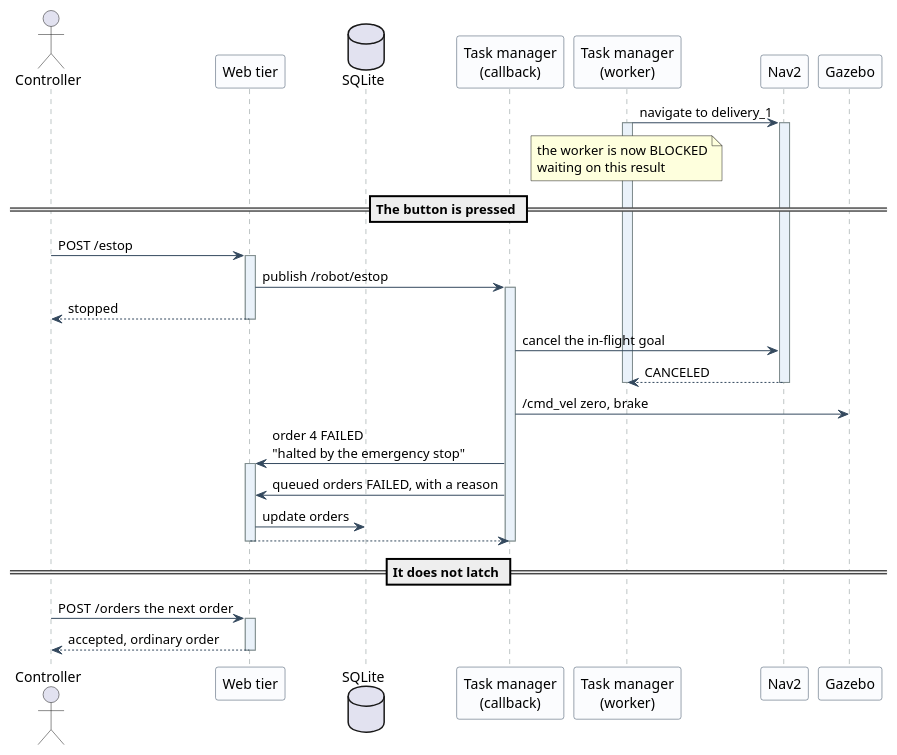
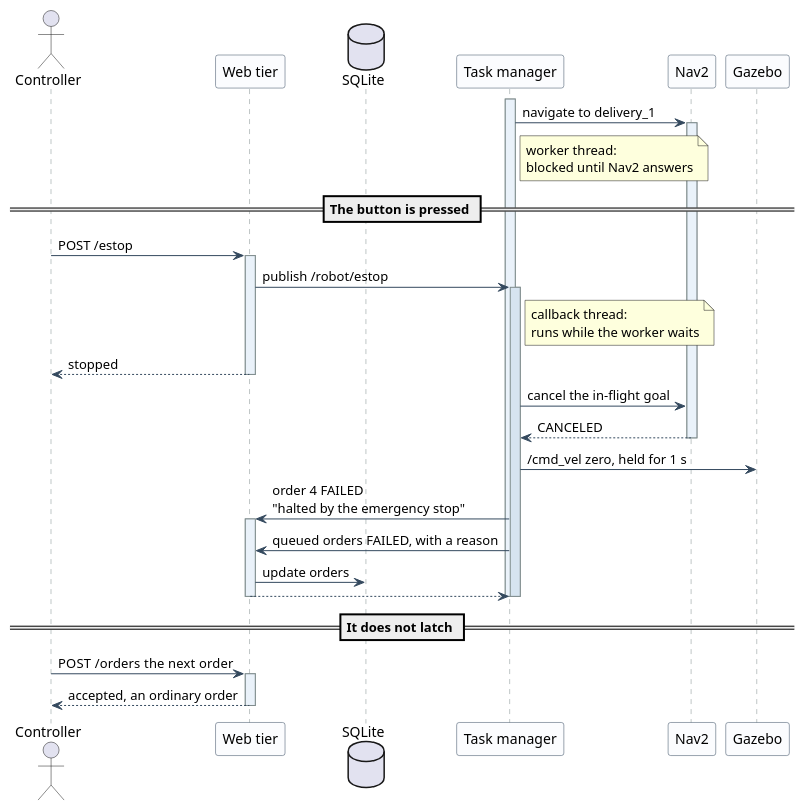
The diagram in report/uml/12-sequence-emergency-stop.puml (ArianShafagh/robofetch), drawn with PlantUML before and after one commit. The commit also changed other lines of this file and 2 other files, not shown here.

Commit message:
Emergency stop: one lifeline for the task manager, not two
The task manager was drawn as two lifelines, "callback" and "worker". That is
wrong as UML: a lifeline represents one participant, and the task manager is a
single component, so two lifelines assert two objects that do not exist.

It is now one lifeline carrying two overlapping execution occurrences. The outer
bar is the worker thread, blocked waiting on a navigation result; the inner one,
offset to its right, is the subscription callback that runs while the worker
cannot. Overlapping execution specifications on a single lifeline are what UML
provides for concurrent execution inside one participant, so the diagram now
says the same thing in the notation that means it.

The design point survives intact, which was the reason for the two lifelines in
the first place: the stop is handled on the callback precisely because the
worker is blocked at the moment the button is pressed. The caption now explains
the two bars so the notation is not left to be inferred.

```diff
--- a/report/uml/12-sequence-emergency-stop.puml
+++ b/report/uml/12-sequence-emergency-stop.puml
@@ -7,43 +11,44 @@
 @startuml
 skinparam backgroundColor White
 skinparam shadowing false
 skinparam sequence {
   ArrowColor #34495E
   LifeLineBorderColor #7F8C8D
   ParticipantBorderColor #34495E
   ParticipantBackgroundColor #FBFCFE
   LifeLineBackgroundColor #EAF2FA
 }
 
-
 actor Controller as C
 participant "Web tier" as API
 database "SQLite" as DB
-participant "Task manager\n(callback)" as CB
-participant "Task manager\n(worker)" as TM
+participant "Task manager" as TM
 participant "Nav2" as NAV
 participant "Gazebo" as GZ
 
+activate TM
 TM -> NAV ++ : navigate to delivery_1
-activate TM
-note over TM : the worker is now BLOCKED\nwaiting on this result
+note right of TM : worker thread:\nblocked until Nav2 answers
 
 == The button is pressed ==
 C -> API ++ : POST /estop
-API -> CB ++ : publish /robot/estop
+API -> TM : publish /robot/estop
+activate TM #D6E4F0
+note right of TM : callback thread:\nruns while the worker waits
 API --> C -- : stopped
-CB -> NAV : cancel the in-flight goal
+
+TM -> NAV : cancel the in-flight goal
 NAV --> TM -- : CANCELED
+TM -> GZ : /cmd_vel zero, held for 1 s
+TM -> API ++ : order 4 FAILED\n"halted by the emergency stop"
+TM -> API : queued orders FAILED, with a reason
+API -> DB : update orders
+API --> TM --
 deactivate TM
-CB -> GZ : /cmd_vel zero, brake
-CB -> API ++ : order 4 FAILED\n"halted by the emergency stop"
-CB -> API : queued orders FAILED, with a reason
-API -> DB : update orders
-API --> CB --
-deactivate CB
+deactivate TM
 
 == It does not latch ==
 C -> API ++ : POST /orders  the next order
-API --> C -- : accepted, ordinary order
+API --> C -- : accepted, an ordinary order
 
 @enduml
```
